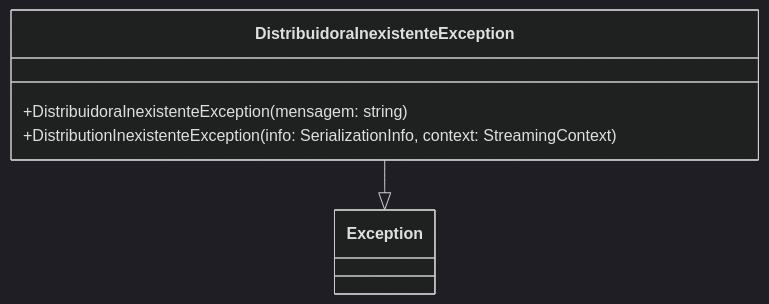
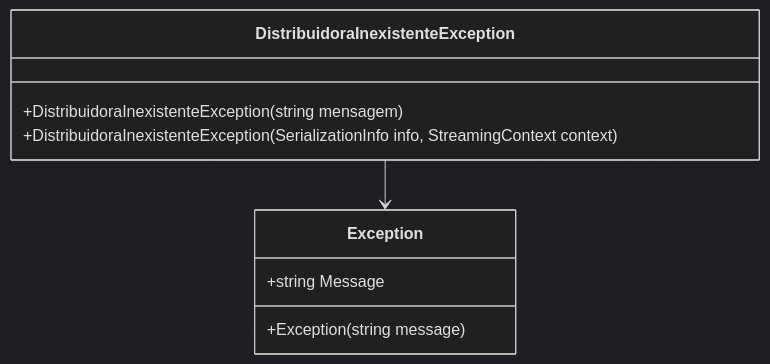
The diagram in docs/b2b-dominio/IsthmusWinthor.Nucleo/IsthmusWinthor.Dominio/Exceptions/DistribuidoraInexistenteException.md (IsthmusSistemas/documentacao-tecnica), drawn with Mermaid (dark theme) before and after one commit. The commit also changed other lines of this file and 882 other files, not shown here.

````diff
--- a/docs/b2b-dominio/IsthmusWinthor.Nucleo/IsthmusWinthor.Dominio/Exceptions/DistribuidoraInexistenteException.md
+++ b/docs/b2b-dominio/IsthmusWinthor.Nucleo/IsthmusWinthor.Dominio/Exceptions/DistribuidoraInexistenteException.md
@@ -29,10 +39,12 @@
 ```mermaid
 classDiagram
     class DistribuidoraInexistenteException {
-        +DistribuidoraInexistenteException(mensagem: string)
-        +DistributionInexistenteException(info: SerializationInfo, context: StreamingContext)
+        +DistribuidoraInexistenteException(string mensagem)
+        +DistribuidoraInexistenteException(SerializationInfo info, StreamingContext context)
     }
     class Exception {
+        +string Message
+        +Exception(string message)
     }
-    DistribuidoraInexistenteException --|> Exception
-``` 
+    DistribuidoraInexistenteException --> Exception
+```
````
